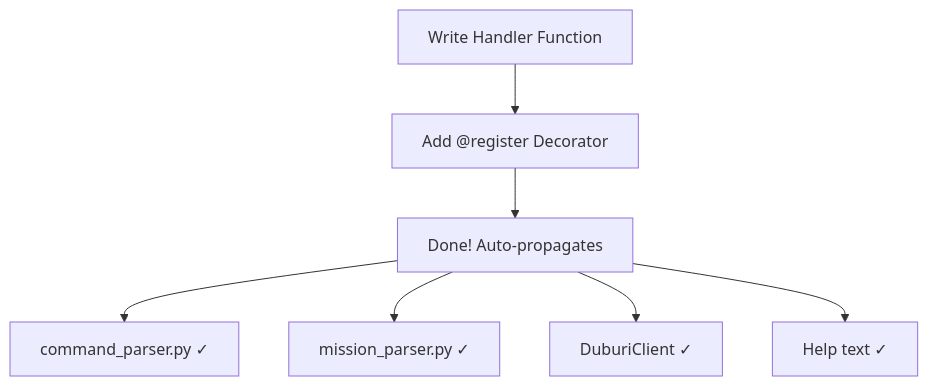
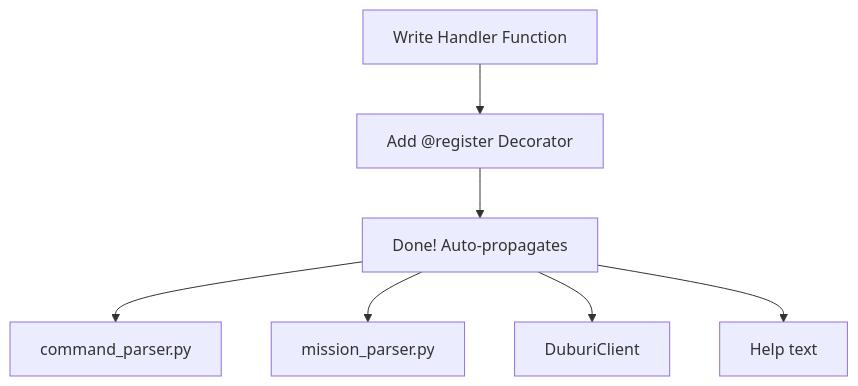
The first of 2 diagrams in analysis/contributing/how-to-add-commands.md (fh1m/duburi-codebase), drawn with Mermaid before and after one commit. The commit also changed 14 other files, not shown here.

First line of the commit message:
style: Remove emojis, convert PWM diagram to mermaid

````diff
--- a/analysis/contributing/how-to-add-commands.md
+++ b/analysis/contributing/how-to-add-commands.md
@@ -7,9 +7,9 @@
 ```mermaid
 flowchart TD
     A[Write Handler Function] --> B[Add @register Decorator]
     B --> C[Done! Auto-propagates]
-    C --> D[command_parser.py ✓]
-    C --> E[mission_parser.py ✓]
-    C --> F[DuburiClient ✓]
-    C --> G[Help text ✓]
+    C --> D[command_parser.py ]
+    C --> E[mission_parser.py ]
+    C --> F[DuburiClient ]
+    C --> G[Help text ]
 ```
````
